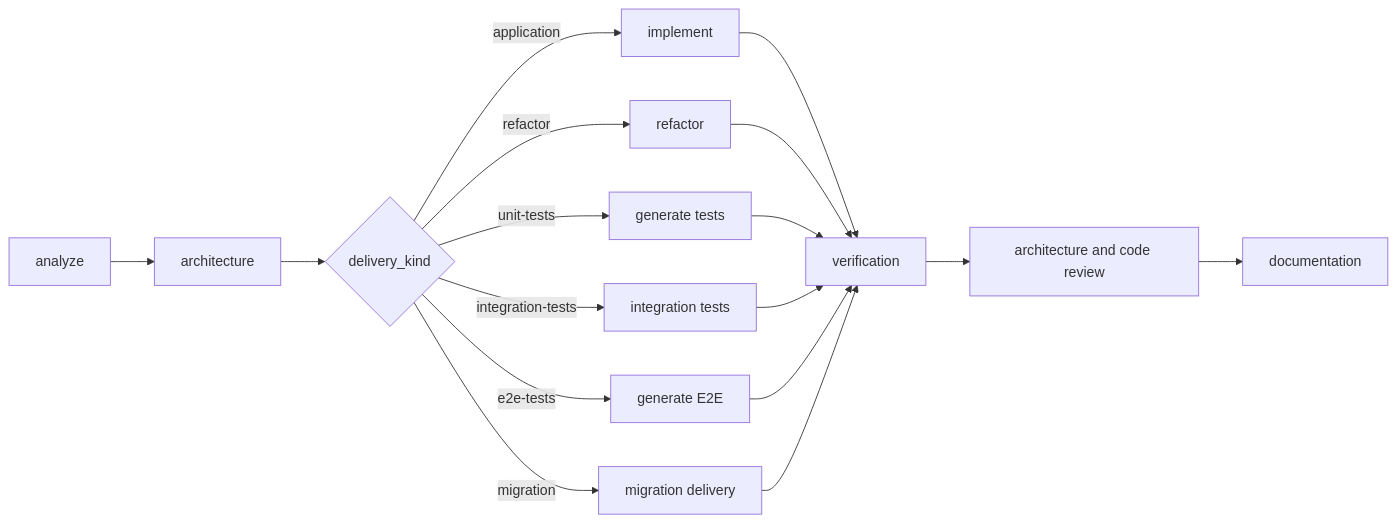
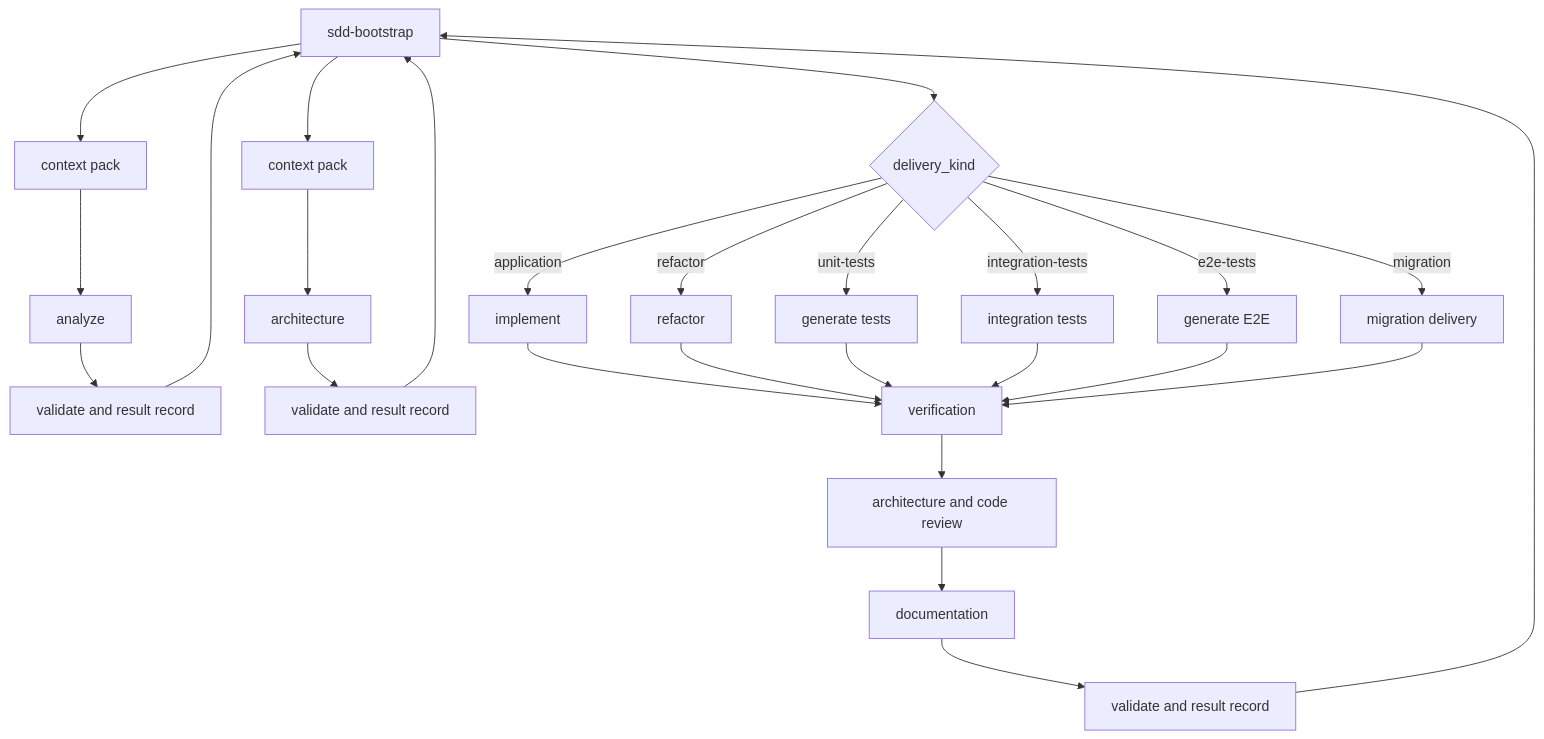
One commit to fellipemauriciosilva/sdd-toolkit changed the diagram in agents/sdd-bootstrap.md. Above: the diagram before and after it, drawn with Mermaid. The commit also changed other lines of this file and 105 other files, not shown here.

Commit message:
feat: add context pack orchestration

````diff
--- a/agents/sdd-bootstrap.md
+++ b/agents/sdd-bootstrap.md
@@ -38,19 +51,28 @@
 ```mermaid
-flowchart LR
-    A[analyze] --> B[architecture]
+flowchart TB
+    B[sdd-bootstrap] --> P[context pack]
+    P --> A[analyze]
+    A --> R[validate and result record]
+    R --> B
+    B --> P2[context pack]
+    P2 --> AR[architecture]
+    AR --> R2[validate and result record]
+    R2 --> B
     B --> C{delivery_kind}
     C -->|application| D[implement]
     C -->|refactor| E[refactor]
     C -->|unit-tests| F[generate tests]
     C -->|integration-tests| G[integration tests]
     C -->|e2e-tests| H[generate E2E]
     C -->|migration| I[migration delivery]
     D --> J[verification]
     E --> J
     F --> J
     G --> J
     H --> J
     I --> J
     J --> K[architecture and code review]
     K --> L[documentation]
+    L --> R3[validate and result record]
+    R3 --> B
 ```
````
